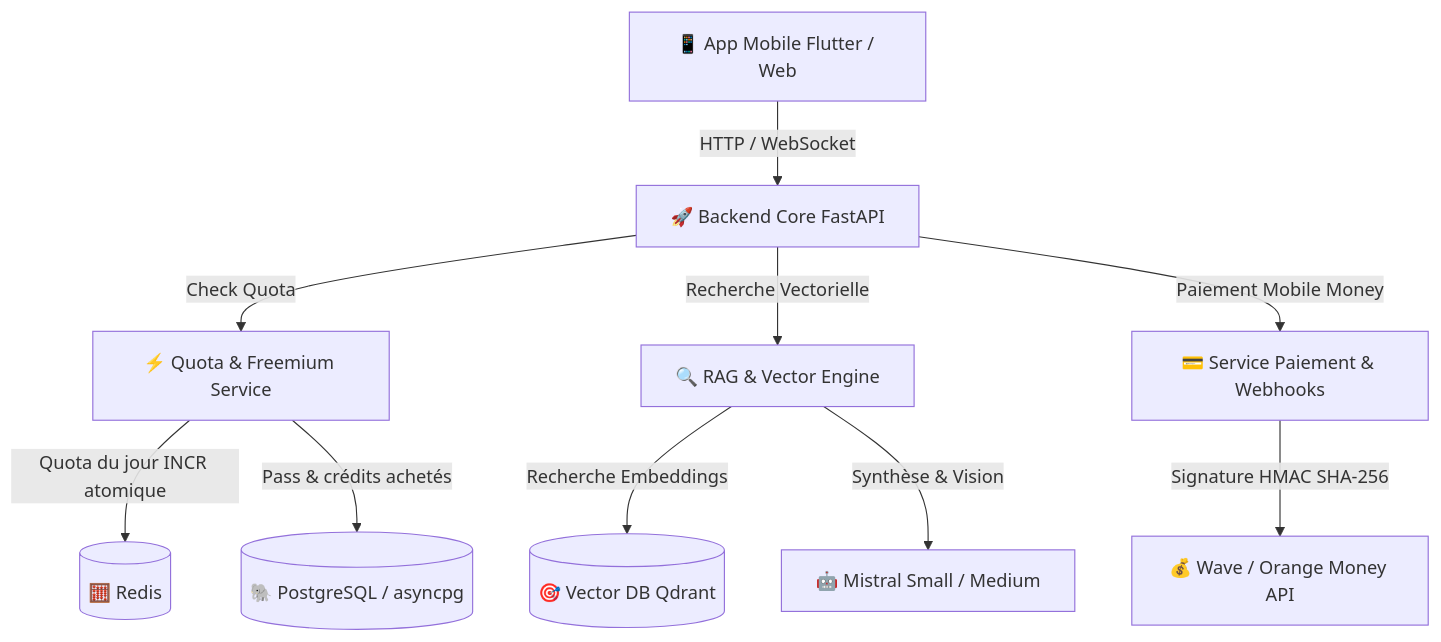
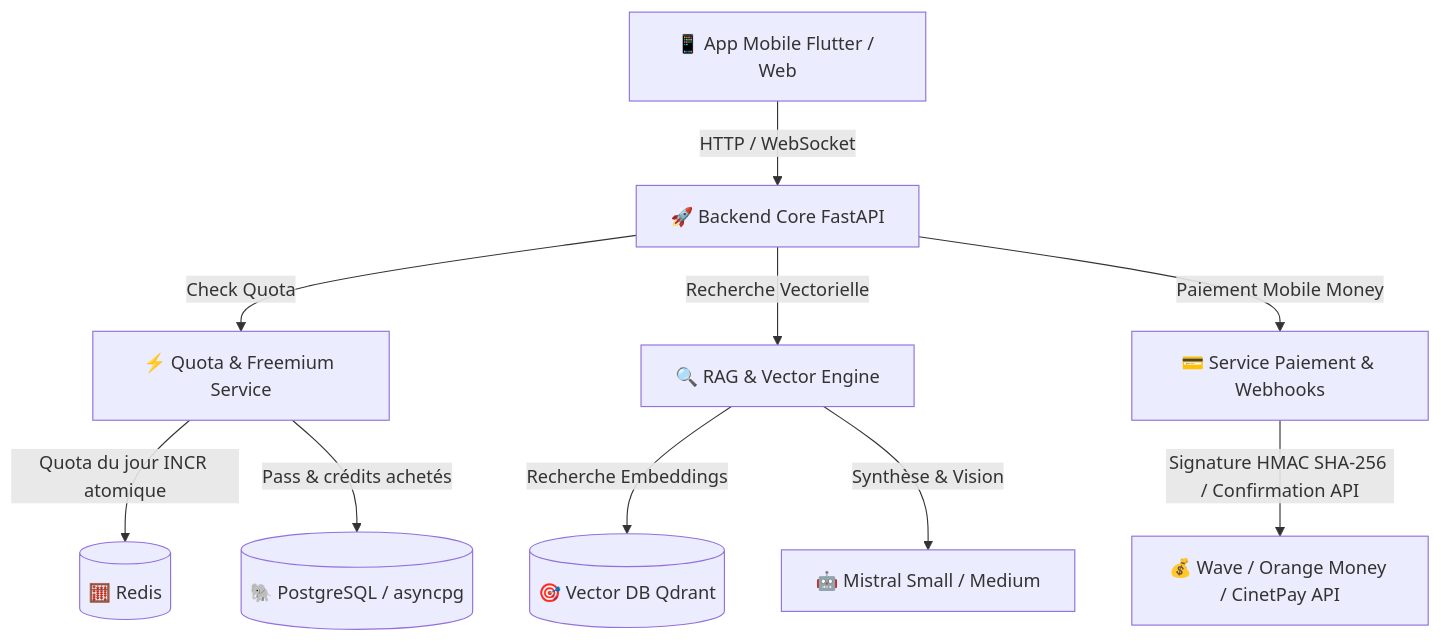
Before and after one commit to bambainza/assistantIA-prosartisan: the diagram in PDR.md, drawn with Mermaid. The commit also changed other lines of this file and 15 other files, not shown here.

Commit message:
feat(payment): integrate CinetPay v1 API provider (live & demo) and secure webhook

````diff
--- a/PDR.md
+++ b/PDR.md
@@ -20,12 +20,12 @@
 ```mermaid
 graph TD
     Client[📱 App Mobile Flutter / Web] -->|HTTP / WebSocket| FastAPI[🚀 Backend Core FastAPI]
     FastAPI -->|Check Quota| QuotaService[⚡ Quota & Freemium Service]
     QuotaService -->|Quota du jour INCR atomique| Redis[(🧮 Redis)]
     QuotaService -->|Pass & crédits achetés| Postgres[(🐘 PostgreSQL / asyncpg)]
     FastAPI -->|Recherche Vectorielle| RAGService[🔍 RAG & Vector Engine]
     RAGService -->|Recherche Embeddings| Qdrant[(🎯 Vector DB Qdrant)]
     RAGService -->|Synthèse & Vision| Mistral[🤖 Mistral Small / Medium]
     FastAPI -->|Paiement Mobile Money| PaymentService[💳 Service Paiement & Webhooks]
-    PaymentService -->|Signature HMAC SHA-256| MobileMoney[💰 Wave / Orange Money API]
+    PaymentService -->|Signature HMAC SHA-256 / Confirmation API| MobileMoney[💰 Wave / Orange Money / CinetPay API]
 ```
````
